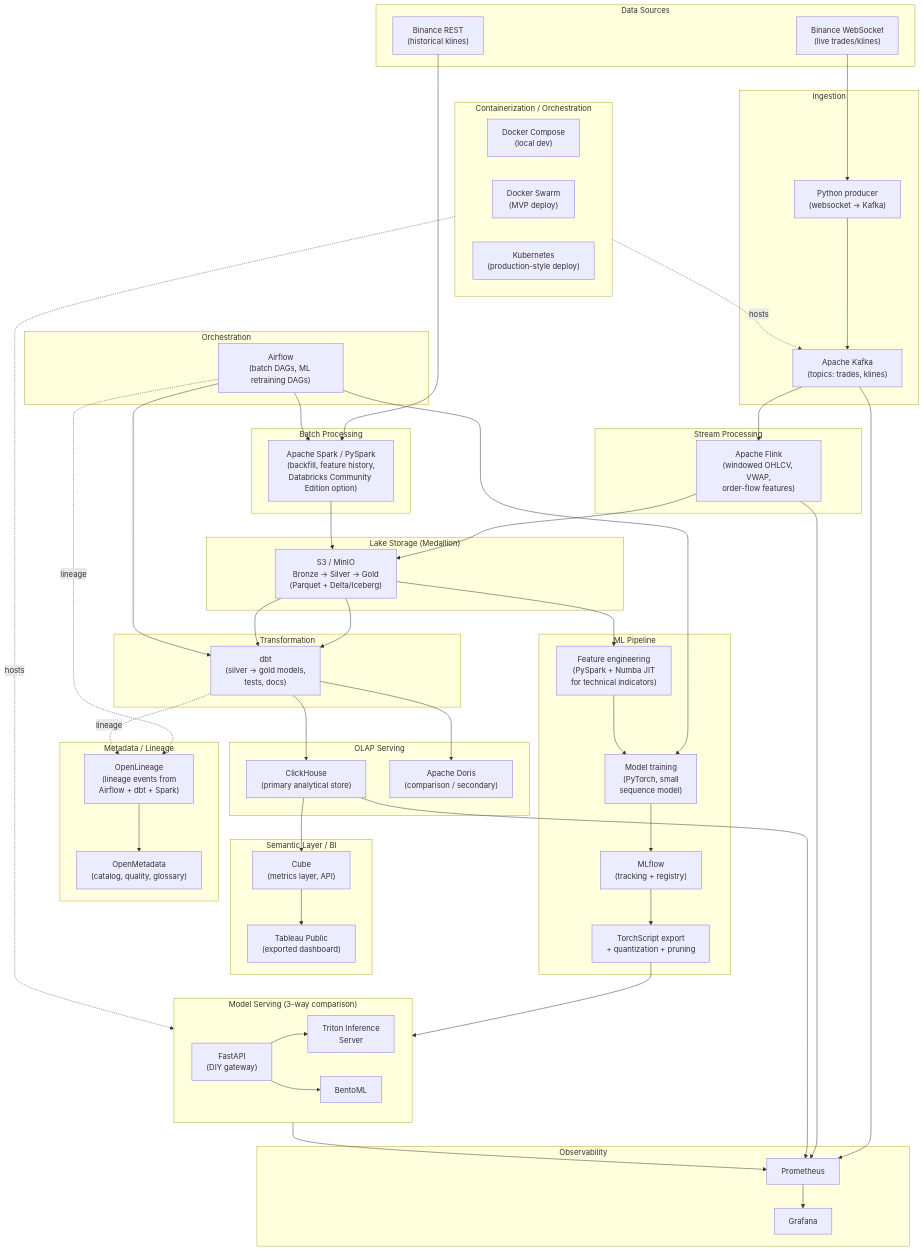
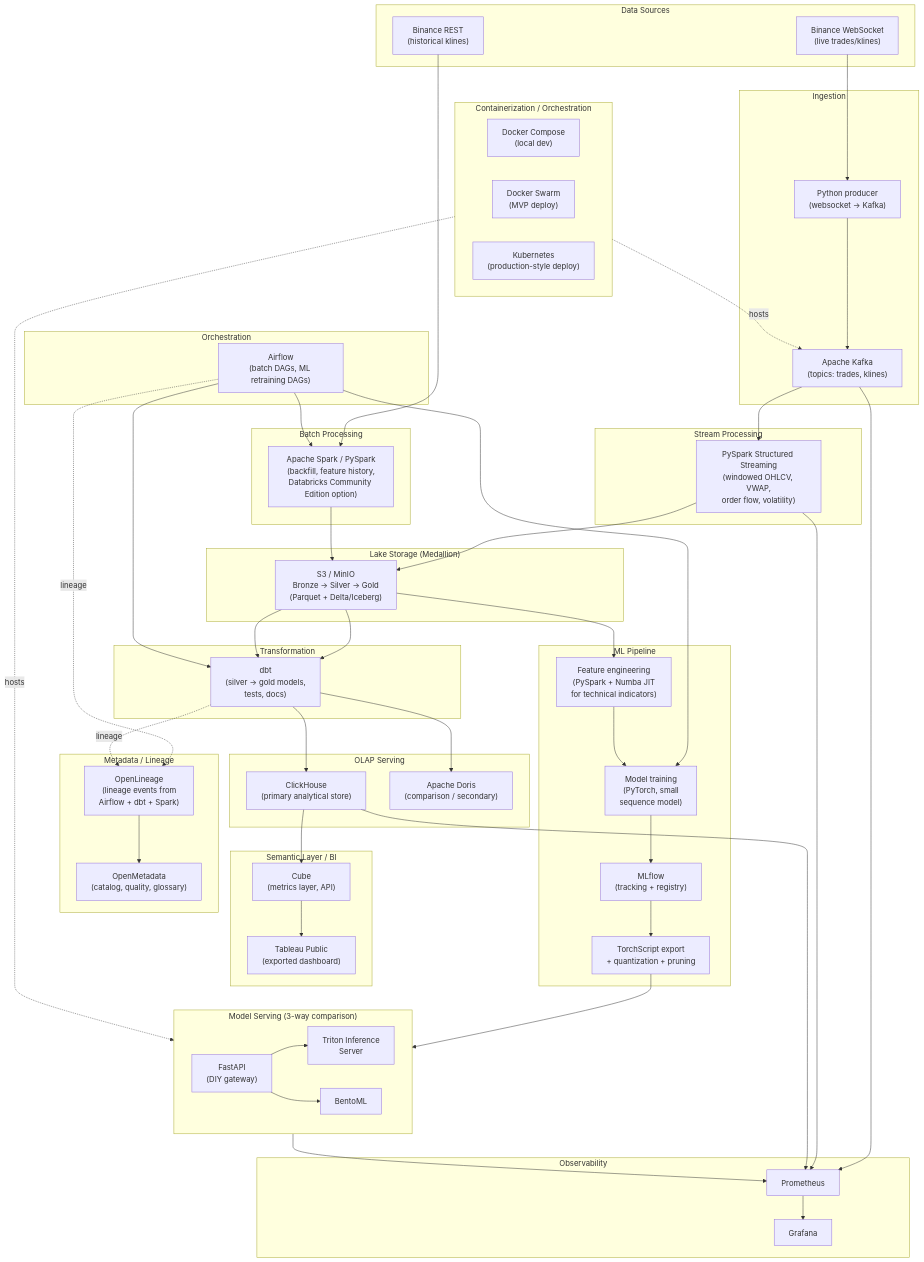
Before and after one commit to weecici/project-x: the diagram in .agents/wiki/architecture/overview.md, drawn with Mermaid. The commit also changed 8 other files, not shown here.

Commit message:
docs(wiki): update agent's wiki with the change from Flink to Spark Structure Streaming for phase 4

```diff
--- a/.agents/wiki/architecture/overview.md
+++ b/.agents/wiki/architecture/overview.md
@@ -13,7 +13,7 @@
     end
 
     subgraph STREAM["Stream Processing"]
-        FLINK["Apache Flink\n(windowed OHLCV, VWAP,\norder-flow features)"]
+        SPARK_STREAM["PySpark Structured Streaming\n(windowed OHLCV, VWAP,\norder flow, volatility)"]
     end
 
     subgraph BATCH["Batch Processing"]
@@ -71,9 +71,9 @@
         K8S["Kubernetes\n(production-style deploy)"]
     end
 
-    WS --> PROD --> KAFKA --> FLINK
+    WS --> PROD --> KAFKA --> SPARK_STREAM
     REST --> SPARK
-    FLINK --> S3
+    SPARK_STREAM --> S3
     SPARK --> S3
     S3 --> DBT --> CH
     S3 --> DBT --> DORIS
@@ -84,7 +84,7 @@
     AF -.lineage.-> OL --> OM
     DBT -.lineage.-> OL
     KAFKA --> PROM
-    FLINK --> PROM
+    SPARK_STREAM --> PROM
     CH --> PROM
     SERVE --> PROM
     PROM --> GRAF
```
